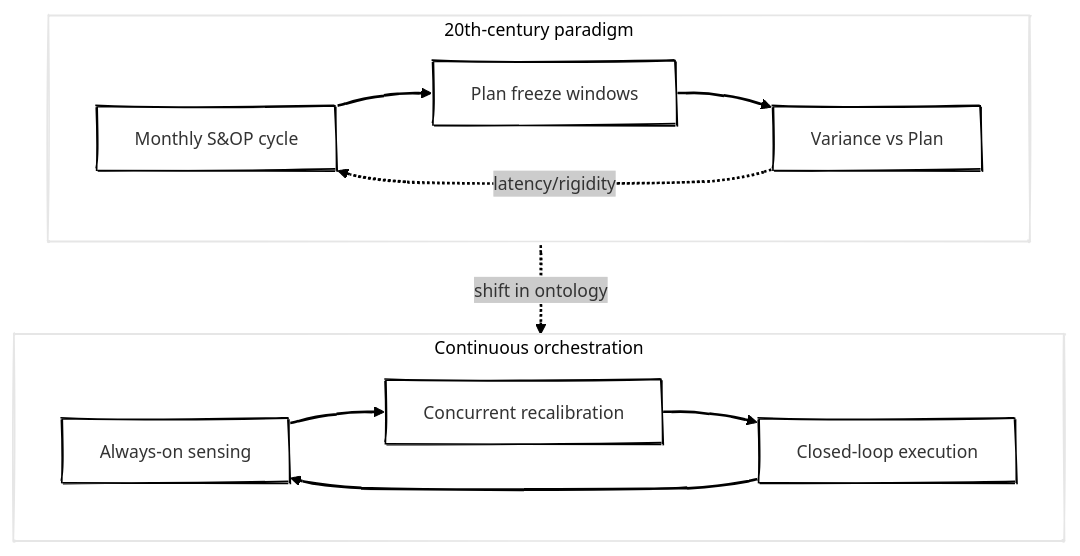
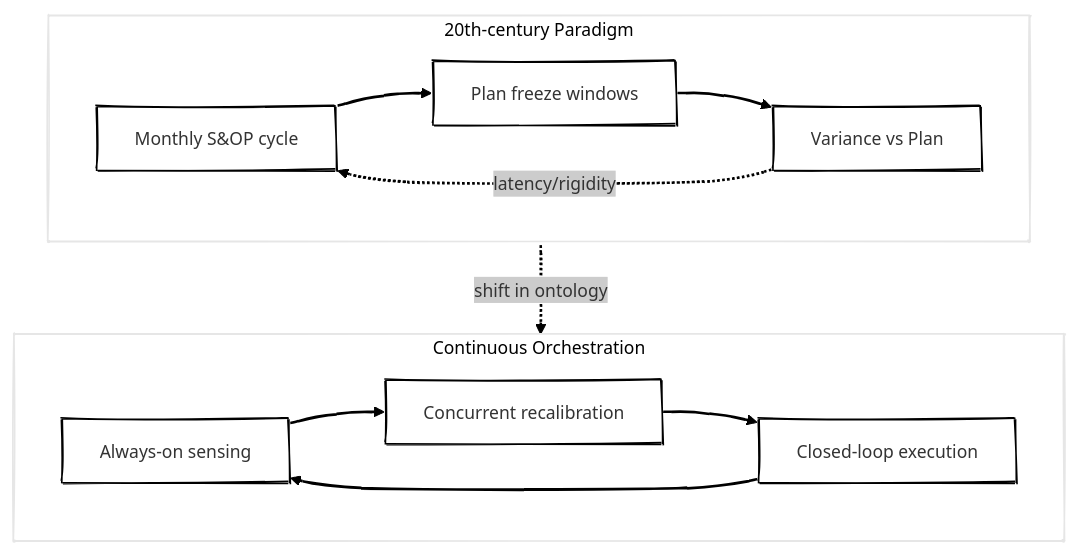
The first of 8 diagrams in posts/from-planning-to-orchestration-reimagining-enterprise-beyond-S&OP/index.qmd (antomon/antomon.github.io), drawn with Mermaid before and after one commit. The commit also changed other lines of this file and 4 other files, not shown here.

````diff
--- a/posts/from-planning-to-orchestration-reimagining-enterprise-beyond-S&OP/index.qmd
+++ b/posts/from-planning-to-orchestration-reimagining-enterprise-beyond-S&OP/index.qmd
@@ -52,25 +52,25 @@
 ```{mermaid}
 %%| label: s-op-to-orchestration
 %%| fig-cap: From periodic S&OP to continuous orchestration
 %%| fig-alt: Comparison of calendar-bound planning vs continuous, signal-driven orchestration
 %%| fig-align: "center"
 %%{init: {"theme": "neo", "look": "handDrawn"}}%%
 
 flowchart TD
-  subgraph A[20th-century paradigm]
+  subgraph A[20th-century Paradigm]
     A1[Monthly S&OP cycle]
     A2[Plan freeze windows]
     A3[Variance vs Plan]
   end
-  subgraph B[Continuous orchestration]
+  subgraph B[Continuous Orchestration]
     B1[Always-on sensing]
     B2[Concurrent recalibration]
     B3[Closed-loop execution]
   end
 
   A1 --> A2 --> A3
   A3 -. latency/rigidity .-> A1
 
   A -. shift in ontology .-> B
   B1 --> B2 --> B3 --> B1
 ```
````
